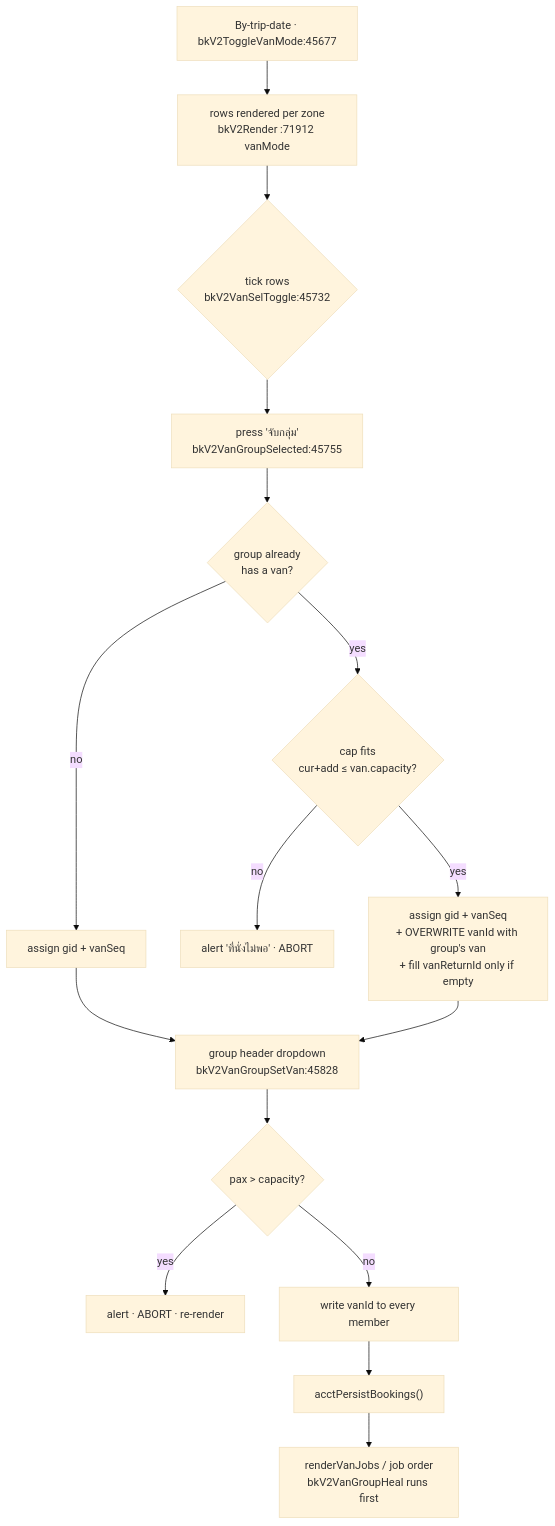
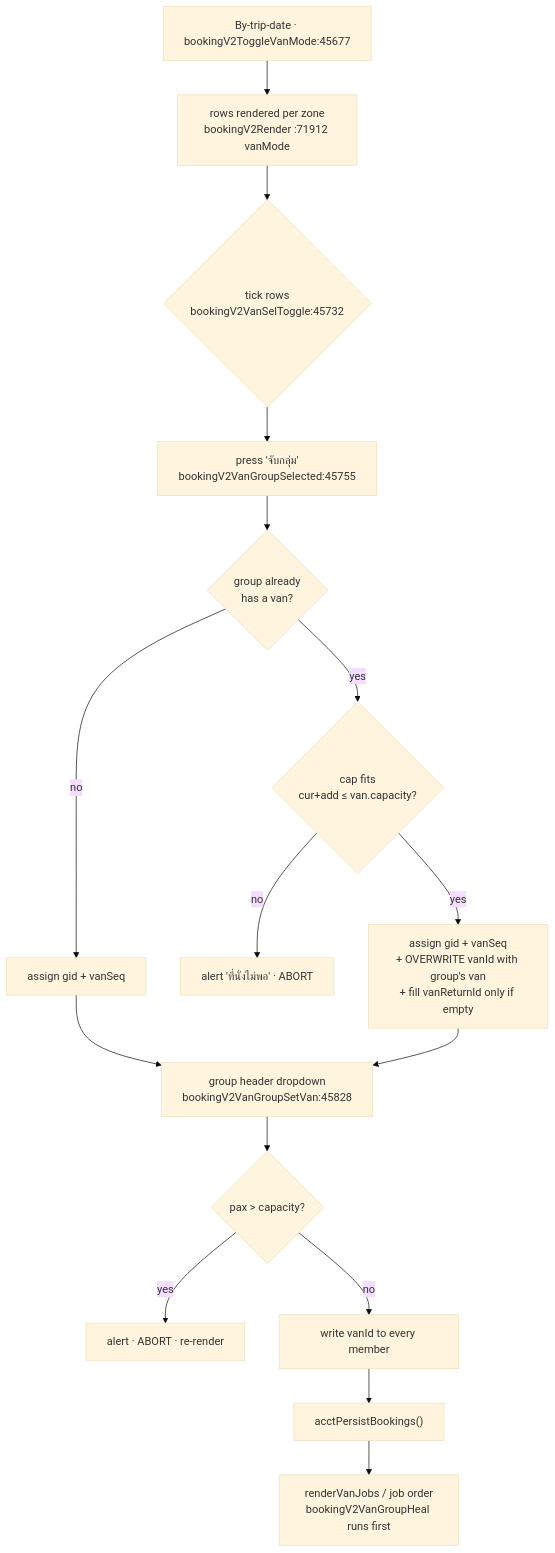
One commit to digitalmkt-bbot/LOVE_Andaman_Workspace changed the diagram in allotment_v2/docs/workflows/04-transfer-vans-pickup.md. Above: the diagram before and after it, drawn with Mermaid (base theme). The commit also changed other lines of this file and 560 other files, not shown here.

First line of the commit message:
Rename bkV2 -> bookingV2 across the codebase, then split into one file per function

````diff
--- a/allotment_v2/docs/workflows/04-transfer-vans-pickup.md
+++ b/allotment_v2/docs/workflows/04-transfer-vans-pickup.md
@@ -123,18 +123,18 @@
 ```mermaid
 flowchart TD
-  A["By-trip-date · bkV2ToggleVanMode:45677"] --> B["rows rendered per zone<br/>bkV2Render :71912 vanMode"]
-  B --> C{"tick rows<br/>bkV2VanSelToggle:45732"}
-  C --> D["press 'จับกลุ่ม'<br/>bkV2VanGroupSelected:45755"]
+  A["By-trip-date · bookingV2ToggleVanMode:45677"] --> B["rows rendered per zone<br/>bookingV2Render :71912 vanMode"]
+  B --> C{"tick rows<br/>bookingV2VanSelToggle:45732"}
+  C --> D["press 'จับกลุ่ม'<br/>bookingV2VanGroupSelected:45755"]
   D --> E{"group already<br/>has a van?"}
   E -- no --> H["assign gid + vanSeq"]
   E -- yes --> F{"cap fits<br/>cur+add ≤ van.capacity?"}
   F -- no --> G["alert 'ที่นั่งไม่พอ' · ABORT"]
   F -- yes --> H2["assign gid + vanSeq<br/>+ OVERWRITE vanId with group's van<br/>+ fill vanReturnId only if empty"]
-  H --> I["group header dropdown<br/>bkV2VanGroupSetVan:45828"]
+  H --> I["group header dropdown<br/>bookingV2VanGroupSetVan:45828"]
   H2 --> I
   I --> J{"pax > capacity?"}
   J -- yes --> K["alert · ABORT · re-render"]
   J -- no --> L["write vanId to every member"]
   L --> M["acctPersistBookings()"]
-  M --> N["renderVanJobs / job order<br/>bkV2VanGroupHeal runs first"]
+  M --> N["renderVanJobs / job order<br/>bookingV2VanGroupHeal runs first"]
 ```
````
